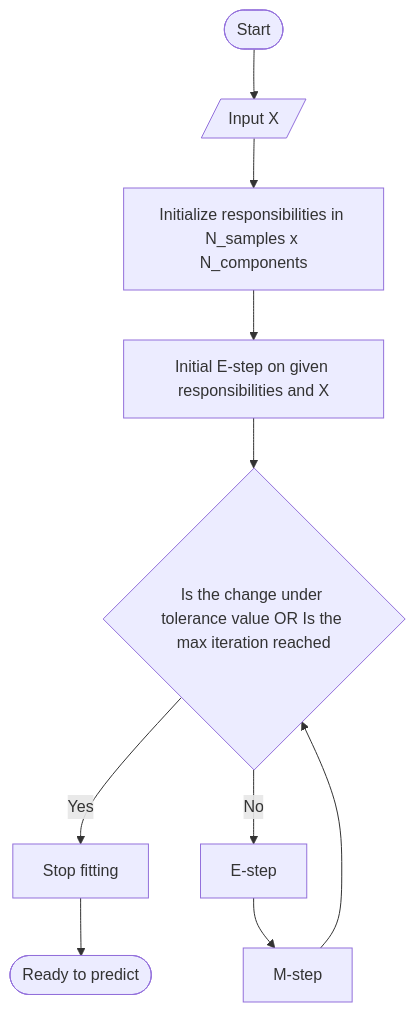
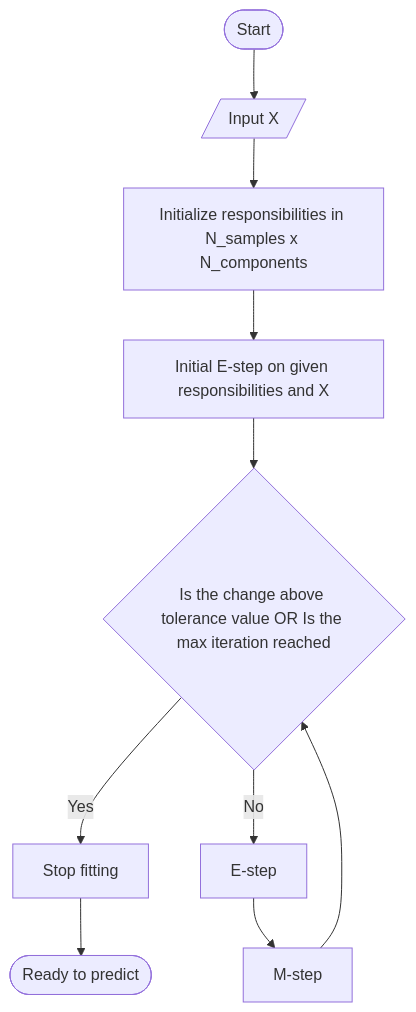
The diagram in README.md (MangoPomelo/GaussianMixture), drawn with Mermaid before and after one commit.

````diff
--- a/README.md
+++ b/README.md
@@ -10,12 +10,12 @@
 ```mermaid
 graph TD
     Start([Start]) --> InputX
     InputX[/Input X/] --> InitializeResp
     InitializeResp[Initialize responsibilities in N_samples x N_components] --> InitialEStep
     InitialEStep[Initial E-step on given responsibilities and X] --> Guard
     Guard -- Yes --> Return[Stop fitting]
-    Guard{Is the change under tolerance value OR Is the max iteration reached} -- No --> EStep
+    Guard{Is the change above tolerance value OR Is the max iteration reached} -- No --> EStep
     EStep[E-step] --> MStep
     MStep[M-step] --> Guard
     Return --> End([Ready to predict])
 ```
````
